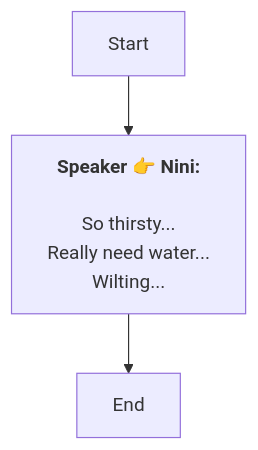
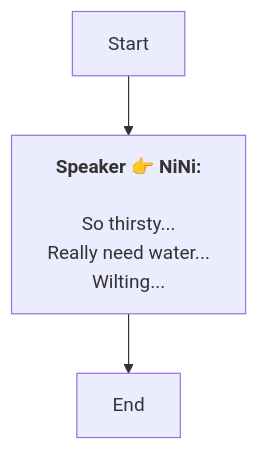
Before and after one commit to SoftHu/tos_avg: the diagram in En/AddDialogNode_1736073415478400.md, drawn with Mermaid. The commit also changed 737 other files, not shown here.

````diff
--- a/En/AddDialogNode_1736073415478400.md
+++ b/En/AddDialogNode_1736073415478400.md
@@ -1,10 +1,9 @@
 ```mermaid
 graph
-Start -->1738905237015706[<b>Speaker 👉 Nini:</b>
-
-So thirsty... 
+Start -->1738905237015706[<b>Speaker 👉 NiNi:</b>
+\nSo thirsty... 
 Really need water...  
 Wilting...]
 1738905237015706 -->1738905233534105[End]
 
- ```
+```
````
